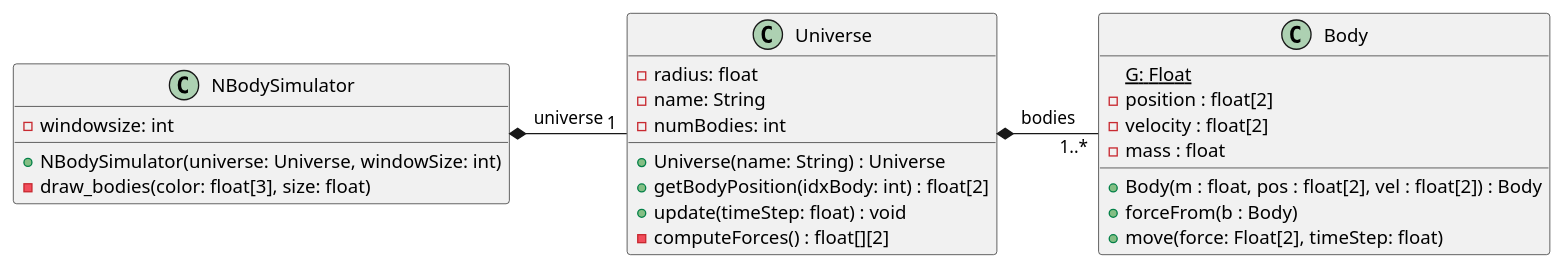
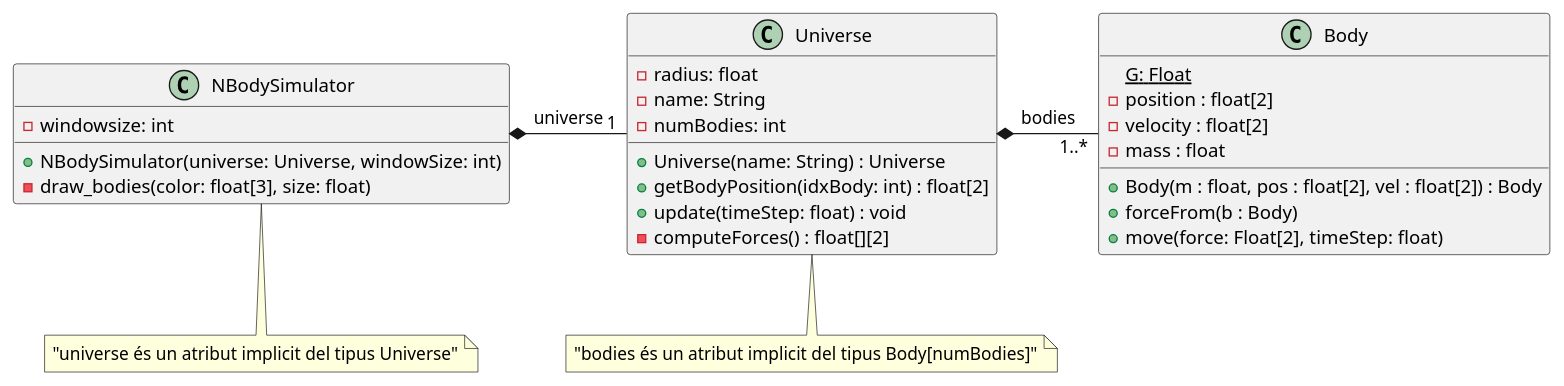
The diagram in Exercicis/Exercici 1/main.puml (NIU1752648/POO), drawn with PlantUML before and after one commit.

Commit message:
notas a Diagrama main.puml

```diff
--- a/Exercicis/Exercici 1/main.puml
+++ b/Exercicis/Exercici 1/main.puml
@@ -1,32 +1,35 @@
 @startuml
 
 class NBodySimulator {
 -windowsize: int
 +NBodySimulator(universe: Universe, windowSize: int)
 -draw_bodies(color: float[3], size: float)
 }
 
 class Universe {
 -radius: float
 -name: String
 -numBodies: int
 +Universe(name: String) : Universe
 +getBodyPosition(idxBody: int) : float[2]
 +update(timeStep: float) : void
 -computeForces() : float[][2]
 }
 
 class Body {
 {static} G: Float
 -position : float[2]
 -velocity : float[2]
 -mass : float
 +Body(m : float, pos : float[2], vel : float[2]) : Body
 +forceFrom(b : Body)
 +move(force: Float[2], timeStep: float)
 }
 
+note bottom of NBodySimulator: "universe és un atribut implicit del tipus Universe"
+note bottom of Universe: "bodies és un atribut implicit del tipus Body[numBodies]"
+
 Universe "   1" -left-* NBodySimulator: universe
 Body "1..*" -left-* Universe: bodies
 
 @enduml
```
